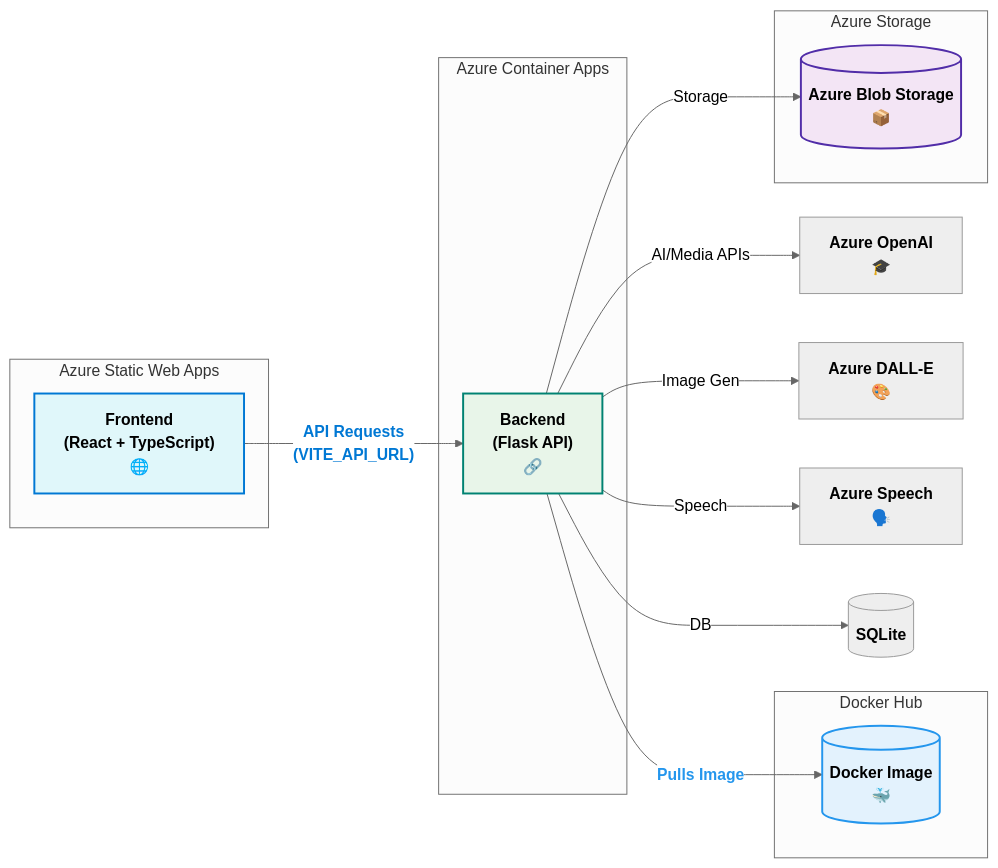
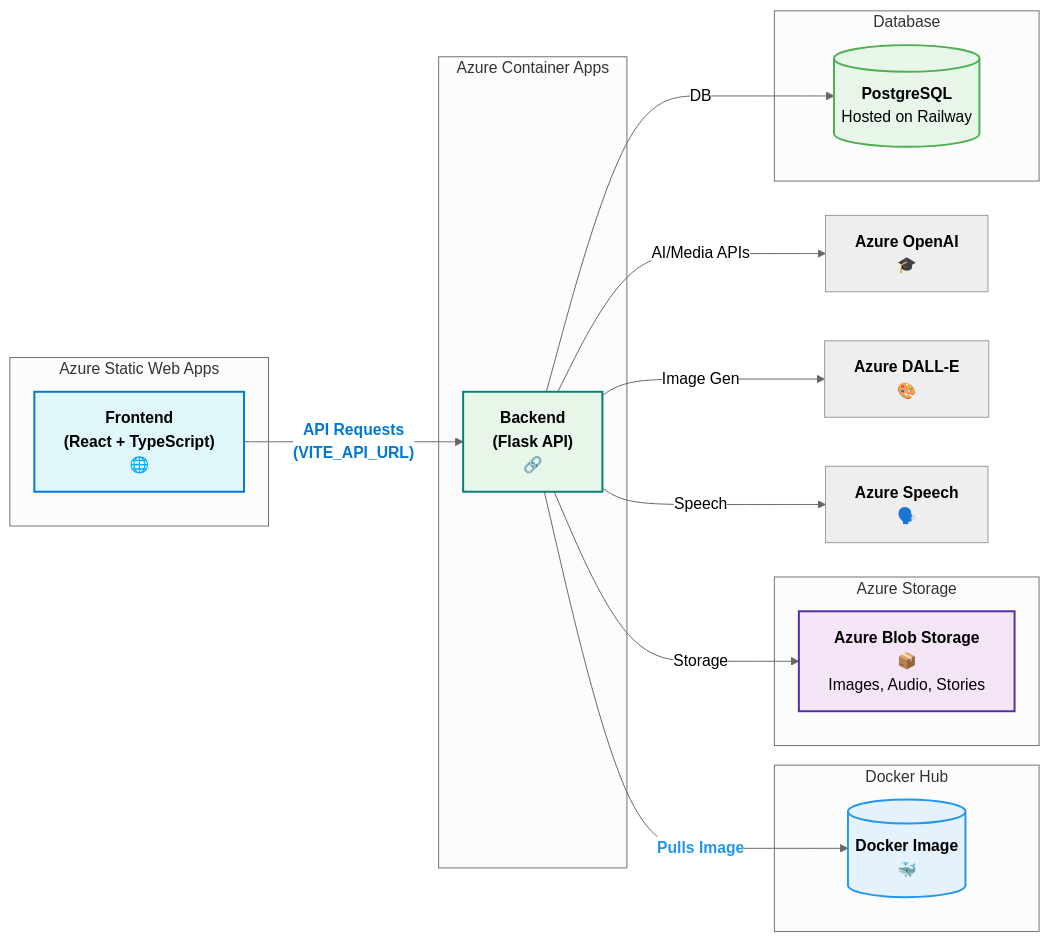
The first of 4 diagrams in README.md (ajmalrasouli/ai-storyteller), drawn with Mermaid (neutral theme) before and after one commit. The commit also changed other lines of this file, not shown here.

Commit message:
docs: Add Railway PostgreSQL and Azure Blob Storage shields

````diff
--- a/README.md
+++ b/README.md
@@ -47,26 +45,30 @@
 ```mermaid
 flowchart LR
     subgraph Azure Static Web Apps
         style FE fill:#e0f7fa,stroke:#0078D4,stroke-width:2px
         FE["<b>Frontend<br/>(React + TypeScript)</b><br/>🌐"]
     end
     subgraph Azure Container Apps
         style BE fill:#e8f5e9,stroke:#008272,stroke-width:2px
         BE["<b>Backend<br/>(Flask API)</b><br/>🔗"]
     end
     subgraph Docker Hub
         style DH fill:#e3f2fd,stroke:#2496ED,stroke-width:2px
         DH[("<b>Docker Image</b><br/>🐳")]
     end
     subgraph Azure Storage
         style AS fill:#f3e5f5,stroke:#512da8,stroke-width:2px
-        AS[("<b>Azure Blob Storage</b><br/>📦")]
+        AS["<b>Azure Blob Storage</b><br/>📦<br/>Images, Audio, Stories"]
+    end
+    subgraph Database
+        style DB fill:#e8f5e9,stroke:#4CAF50,stroke-width:2px
+        DB[("<b>PostgreSQL</b><br/>Hosted on Railway")]
     end
     FE -- "<b style='color:#0078D4;'>API Requests<br/>(VITE_API_URL)</b>" --> BE
     BE -- "<b style='color:#2496ED;'>Pulls Image</b>" --> DH
     BE -- "Storage" --> AS
     BE -- "AI/Media APIs" --> OA["<b>Azure OpenAI<br/>🎓</b>"]
     BE -- "Image Gen" --> DALLE["<b>Azure DALL-E<br/>🎨</b>"]
     BE -- "Speech" --> SPEECH["<b>Azure Speech<br/>🗣️</b>"]
-    BE -- "DB" --> DB[("<b>SQLite</b>")]
+    BE -- "DB" --> DB
 ```
````
